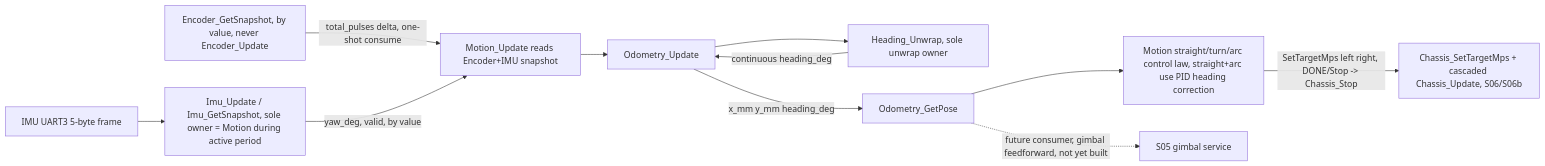
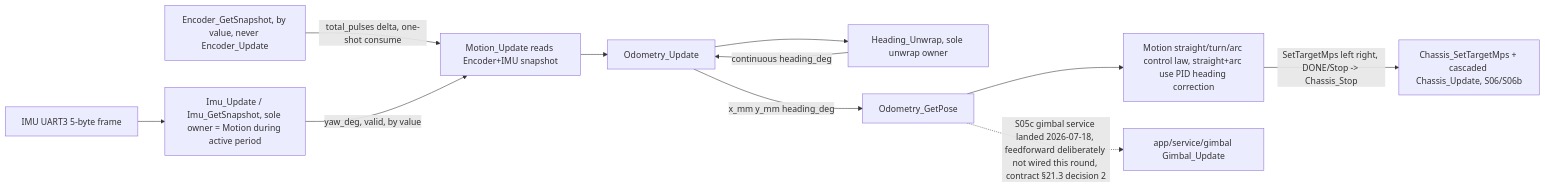
Before and after one commit to AigisYangyan/2026_NUEDC: the sixth of 6 diagrams in agent/api_architecture_topology.md, drawn with Mermaid. The commit also changed other lines of this file and 11 other files, not shown here.

````diff
--- a/agent/api_architecture_topology.md
+++ b/agent/api_architecture_topology.md
@@ -184,13 +188,13 @@
 ```mermaid
 flowchart LR
   ImuUartDev[IMU UART3 5-byte frame] --> ImuDrv[Imu_Update / Imu_GetSnapshot, sole owner = Motion during active period]
   EncSnap[Encoder_GetSnapshot, by value, never Encoder_Update] -->|total_pulses delta, one-shot consume| MotionRead[Motion_Update reads Encoder+IMU snapshot]
   ImuDrv -->|yaw_deg, valid, by value| MotionRead
   MotionRead --> OdomUpdate[Odometry_Update]
   OdomUpdate --> HeadingMod[Heading_Unwrap, sole unwrap owner]
   HeadingMod -->|continuous heading_deg| OdomUpdate
   OdomUpdate -->|x_mm y_mm heading_deg| Pose[Odometry_GetPose]
   Pose --> MotionLaw[Motion straight/turn/arc control law, straight+arc use PID heading correction]
   MotionLaw -->|SetTargetMps left right, DONE/Stop -> Chassis_Stop| Chassis[Chassis_SetTargetMps + cascaded Chassis_Update, S06/S06b]
-  Pose -.->|future consumer, gimbal feedforward, not yet built| S05[S05 gimbal service]
+  Pose -.->|S05c gimbal service landed 2026-07-18, feedforward deliberately not wired this round, contract §21.3 decision 2| S05[app/service/gimbal Gimbal_Update]
 ```
````
